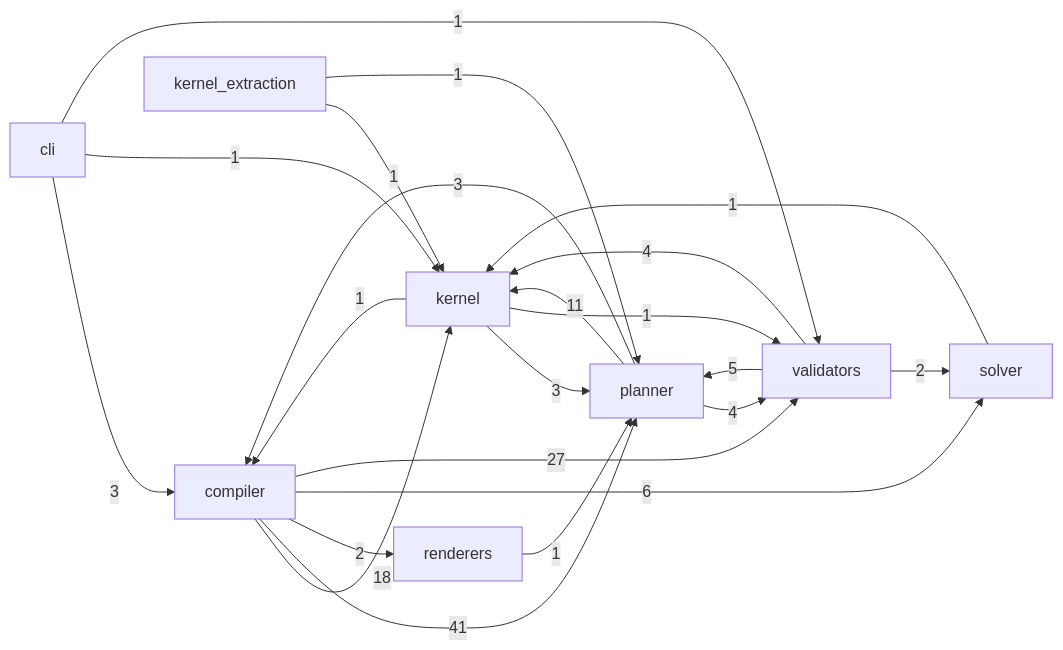
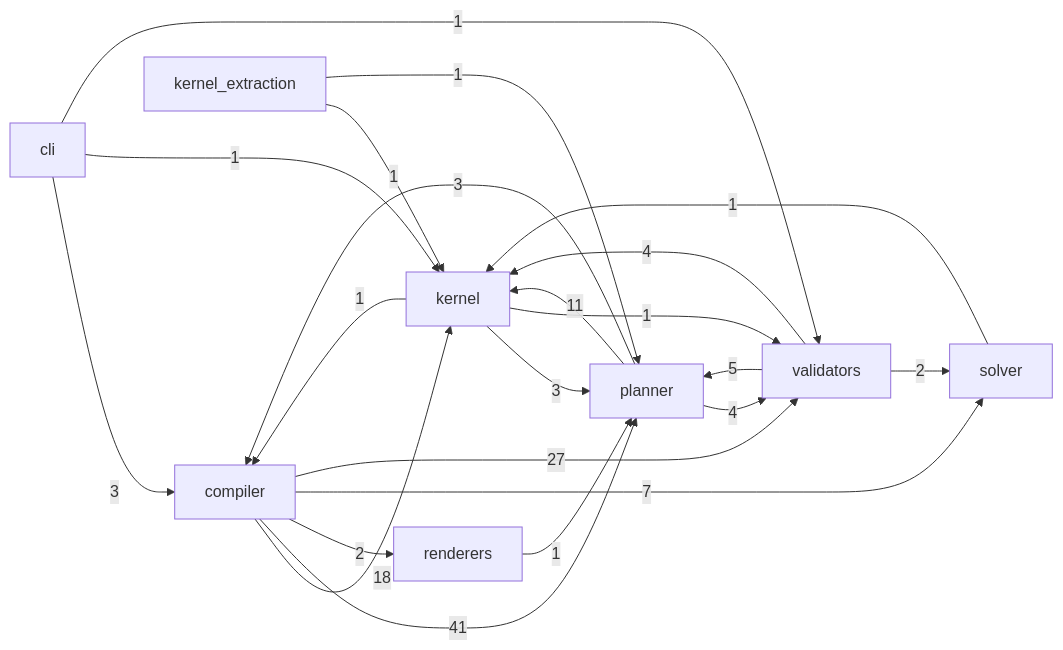
The diagram in docs/reference/code.md (Kingsley-Cyber/cinematic-compiler-core), drawn with Mermaid before and after one commit. The commit also changed other lines of this file and 22 other files, not shown here.

````diff
--- a/docs/reference/code.md
+++ b/docs/reference/code.md
@@ -15,24 +15,24 @@
 ```mermaid
 flowchart LR
   cli -->|3| compiler
   cli -->|1| kernel
   cli -->|1| validators
   compiler -->|18| kernel
   compiler -->|41| planner
   compiler -->|2| renderers
-  compiler -->|6| solver
+  compiler -->|7| solver
   compiler -->|27| validators
   kernel -->|1| compiler
   kernel -->|3| planner
   kernel -->|1| validators
   kernel_extraction -->|1| kernel
   kernel_extraction -->|1| planner
   planner -->|3| compiler
   planner -->|11| kernel
   planner -->|4| validators
   renderers -->|1| planner
   solver -->|1| kernel
   validators -->|4| kernel
   validators -->|5| planner
   validators -->|2| solver
 ```
````
